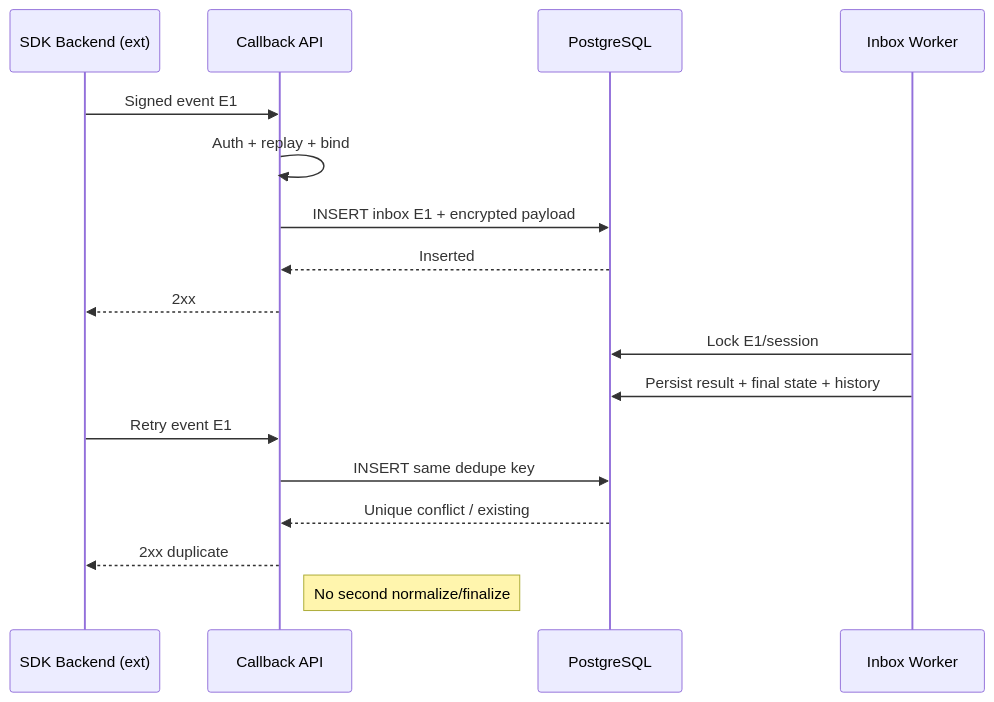
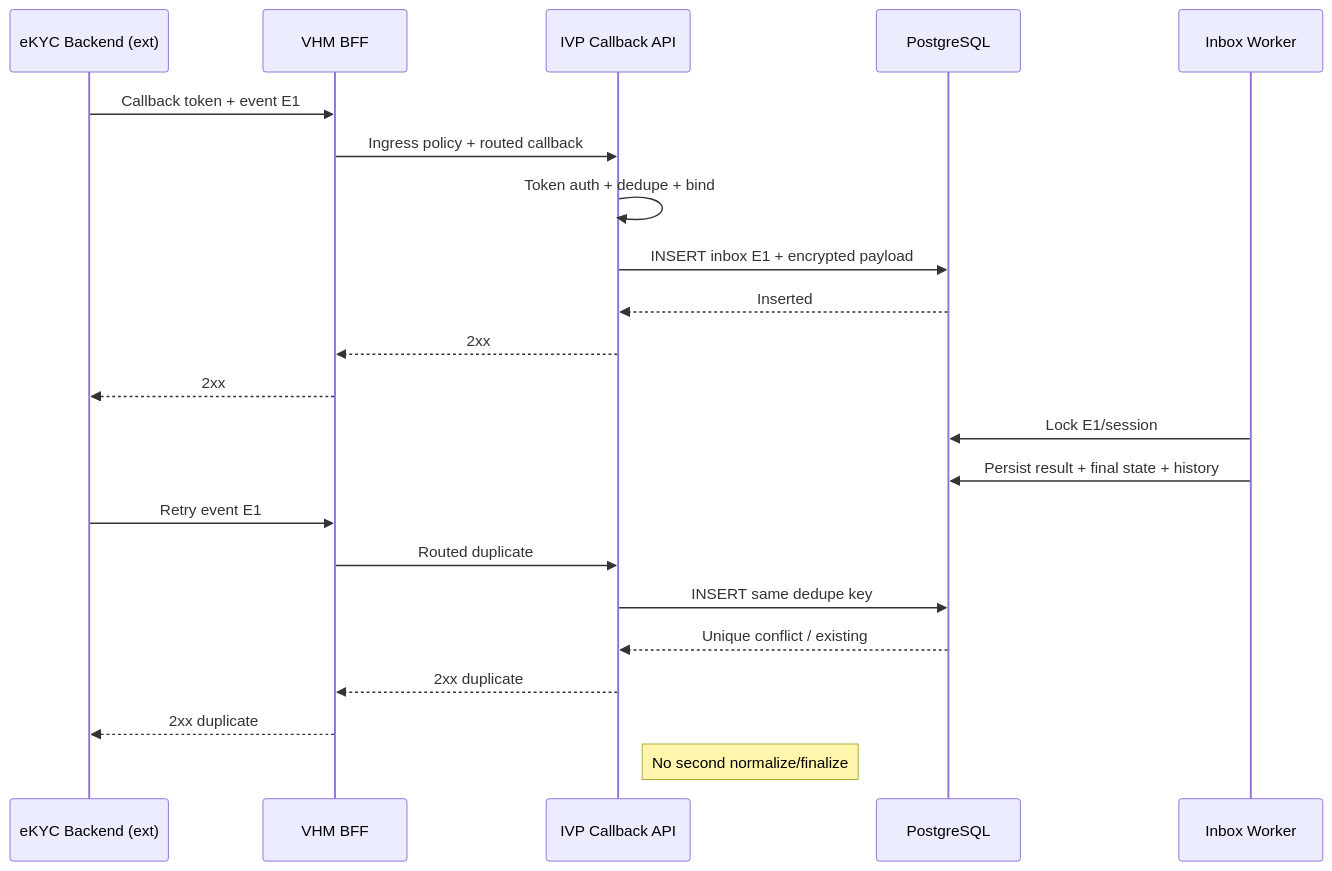
Before and after one commit to huynv-xyz/vhm: diagram 17 of 23 in README.md, drawn with Mermaid. The commit also changed other lines of this file, not shown here.

````diff
--- a/README.md
+++ b/README.md
@@ -1856,19 +2005,24 @@
 ```mermaid
 sequenceDiagram
-    participant BACKEND as SDK Backend (ext)
-    participant CALLBACK as Callback API
+    participant BACKEND as eKYC Backend (ext)
+    participant BFF as VHM BFF
+    participant CALLBACK as IVP Callback API
     participant DB as PostgreSQL
     participant WORKER as Inbox Worker
-    BACKEND->>CALLBACK: Signed event E1
-    CALLBACK->>CALLBACK: Auth + replay + bind
+    BACKEND->>BFF: Callback token + event E1
+    BFF->>CALLBACK: Ingress policy + routed callback
+    CALLBACK->>CALLBACK: Token auth + dedupe + bind
     CALLBACK->>DB: INSERT inbox E1 + encrypted payload
     DB-->>CALLBACK: Inserted
-    CALLBACK-->>BACKEND: 2xx
+    CALLBACK-->>BFF: 2xx
+    BFF-->>BACKEND: 2xx
     WORKER->>DB: Lock E1/session
     WORKER->>DB: Persist result + final state + history
-    BACKEND->>CALLBACK: Retry event E1
+    BACKEND->>BFF: Retry event E1
+    BFF->>CALLBACK: Routed duplicate
     CALLBACK->>DB: INSERT same dedupe key
     DB-->>CALLBACK: Unique conflict / existing
-    CALLBACK-->>BACKEND: 2xx duplicate
+    CALLBACK-->>BFF: 2xx duplicate
+    BFF-->>BACKEND: 2xx duplicate
     Note right of CALLBACK: No second normalize/finalize
 ```
````
